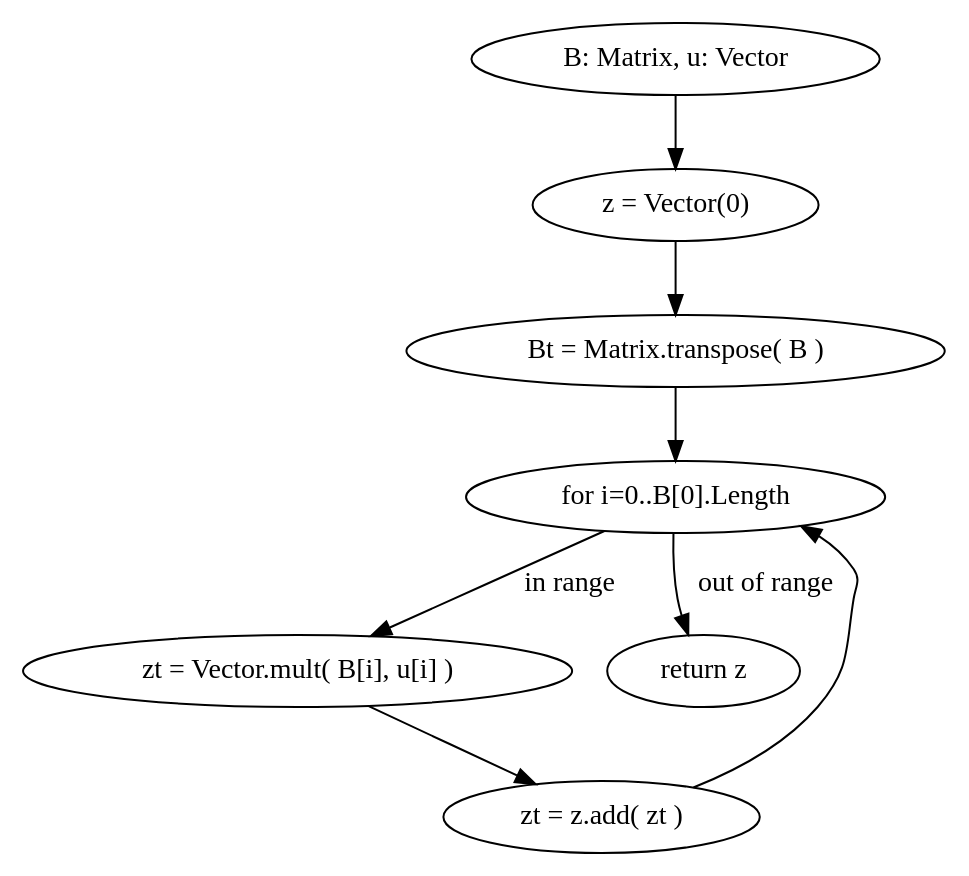
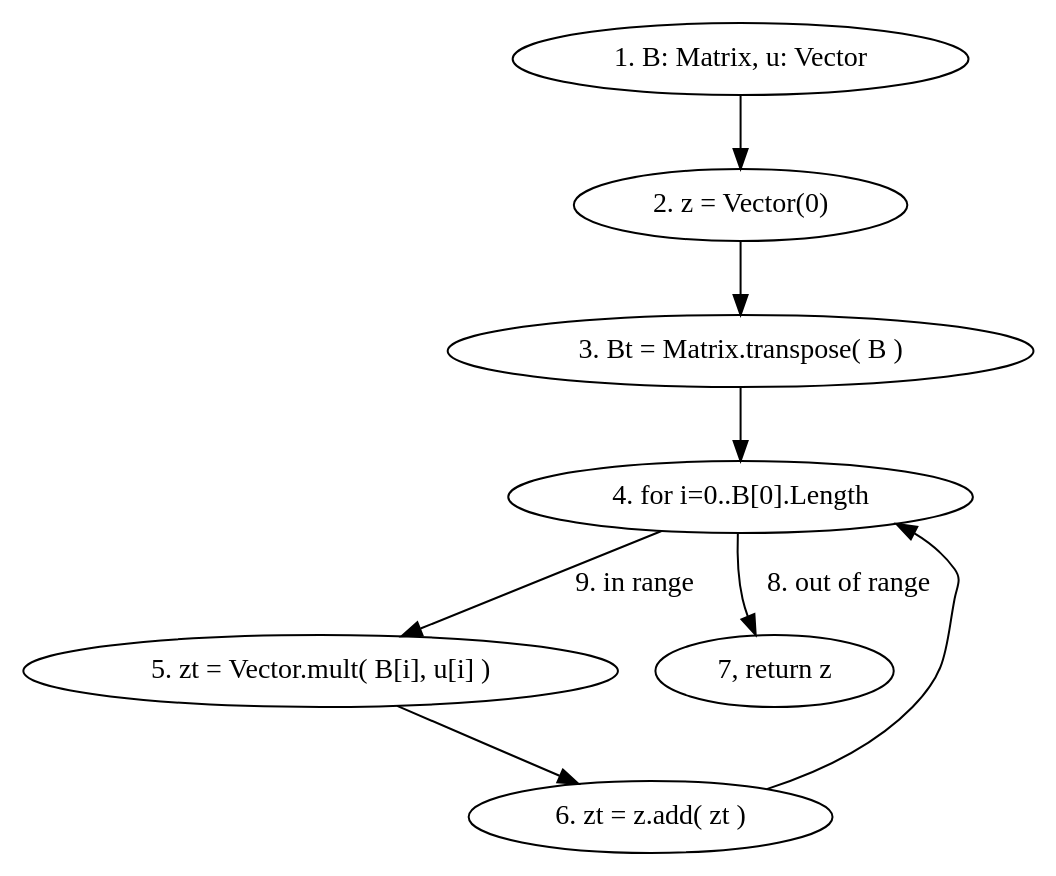
Before and after one commit to drakexcaptainop/p5t: the diagram in test_graphs/scripts/matrix/linearCombination.dot, drawn with Graphviz. The commit also changed 46 other files, not shown here.

Commit message:
scripts for graphs

```diff
--- a/test_graphs/scripts/matrix/linearCombination.dot
+++ b/test_graphs/scripts/matrix/linearCombination.dot
@@ -1,14 +1,14 @@
 digraph G {
-   INP [label="B: Matrix, u: Vector"]
-   SET1 [label="z = Vector(0)"]
-   SET2 [label="Bt = Matrix.transpose( B )"]
-   FOR [label="for i=0..B[0].Length"]
-   MULT [label="zt = Vector.mult( B[i], u[i] )"]
-   ADD [label="zt = z.add( zt )"]
-   RET [label="return z"]
+   INP [label="1. B: Matrix, u: Vector"]
+   SET1 [label="2. z = Vector(0)"]
+   SET2 [label="3. Bt = Matrix.transpose( B )"]
+   FOR [label="4. for i=0..B[0].Length"]
+   MULT [label="5. zt = Vector.mult( B[i], u[i] )"]
+   ADD [label="6. zt = z.add( zt )"]
+   RET [label="7, return z"]
    INP -> SET1 -> SET2 -> FOR 
-   FOR -> RET [label="out of range"]
-   FOR -> MULT [label="in range"]
+   FOR -> RET [label="8. out of range"]
+   FOR -> MULT [label="9. in range"]
    MULT -> ADD 
    ADD -> FOR 
 }
```
